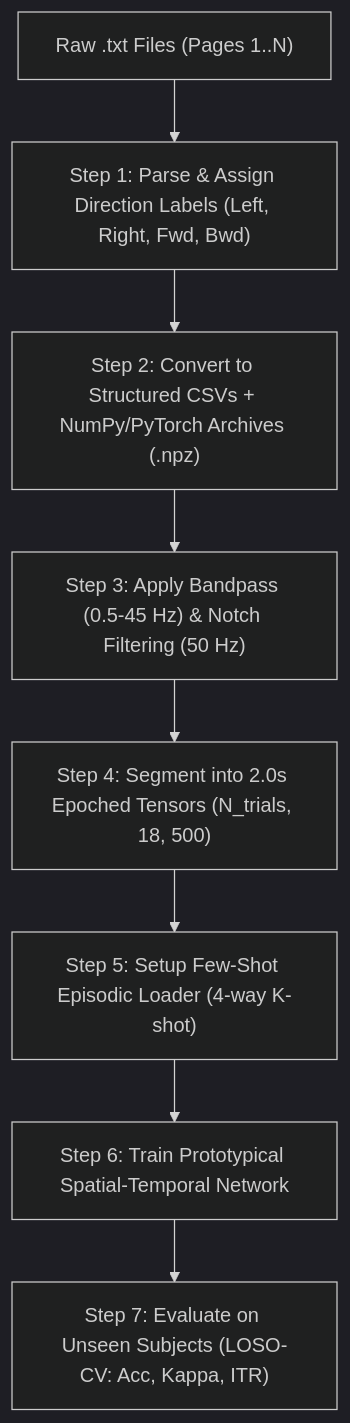
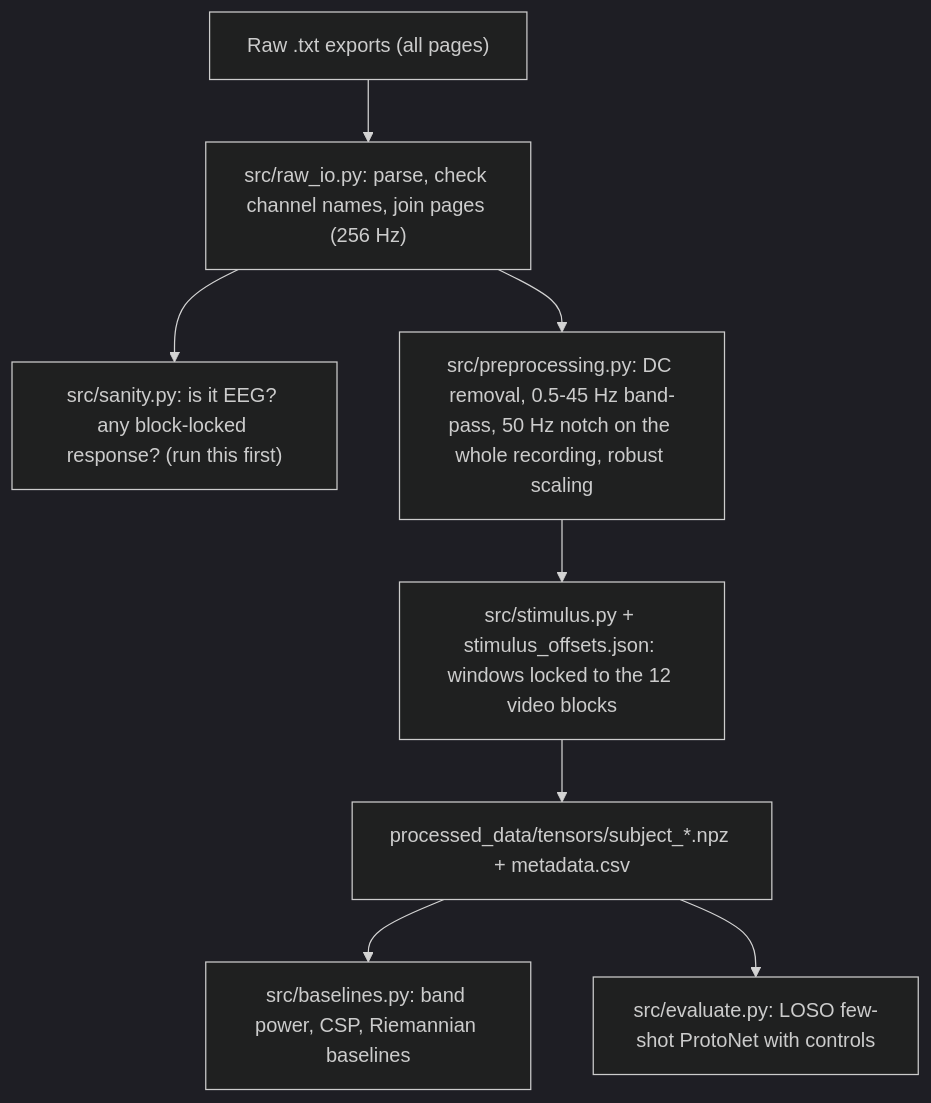
One commit to AlekhyaGangopadhyay/Signal-Research changed the diagram in docs/DATA_CONVERSION_AND_EXECUTION_GUIDE.md. Above: the diagram before and after it, drawn with Mermaid (dark theme). The commit also changed other lines of this file and 43 other files, not shown here.

Commit message:
feat: implement core EEG signal processing, metric meta-learning models, and few-shot evaluation pipeline

````diff
--- a/docs/DATA_CONVERSION_AND_EXECUTION_GUIDE.md
+++ b/docs/DATA_CONVERSION_AND_EXECUTION_GUIDE.md
@@ -22,10 +14,10 @@
 ```mermaid
 flowchart TD
-    A["Raw .txt Files (Pages 1..N)"] --> B["Step 1: Parse & Assign Direction Labels (Left, Right, Fwd, Bwd)"]
-    B --> C["Step 2: Convert to Structured CSVs + NumPy/PyTorch Archives (.npz)"]
-    C --> D["Step 3: Apply Bandpass (0.5-45 Hz) & Notch Filtering (50 Hz)"]
-    D --> E["Step 4: Segment into 2.0s Epoched Tensors (N_trials, 18, 500)"]
-    E --> F["Step 5: Setup Few-Shot Episodic Loader (4-way K-shot)"]
-    F --> G["Step 6: Train Prototypical Spatial-Temporal Network"]
-    G --> H["Step 7: Evaluate on Unseen Subjects (LOSO-CV: Acc, Kappa, ITR)"]
+    A["Raw .txt exports (all pages)"] --> B["src/raw_io.py: parse, check channel names, join pages (256 Hz)"]
+    B --> S["src/sanity.py: is it EEG? any block-locked response? (run this first)"]
+    B --> C["src/preprocessing.py: DC removal, 0.5-45 Hz band-pass, 50 Hz notch on the whole recording, robust scaling"]
+    C --> D["src/stimulus.py + stimulus_offsets.json: windows locked to the 12 video blocks"]
+    D --> E["processed_data/tensors/subject_*.npz + metadata.csv"]
+    E --> F["src/baselines.py: band power, CSP, Riemannian baselines"]
+    E --> G["src/evaluate.py: LOSO few-shot ProtoNet with controls"]
 ```
````
